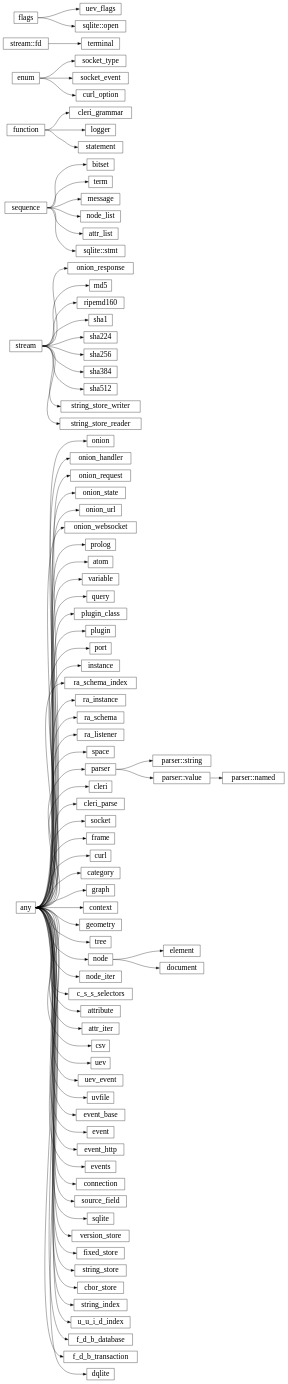
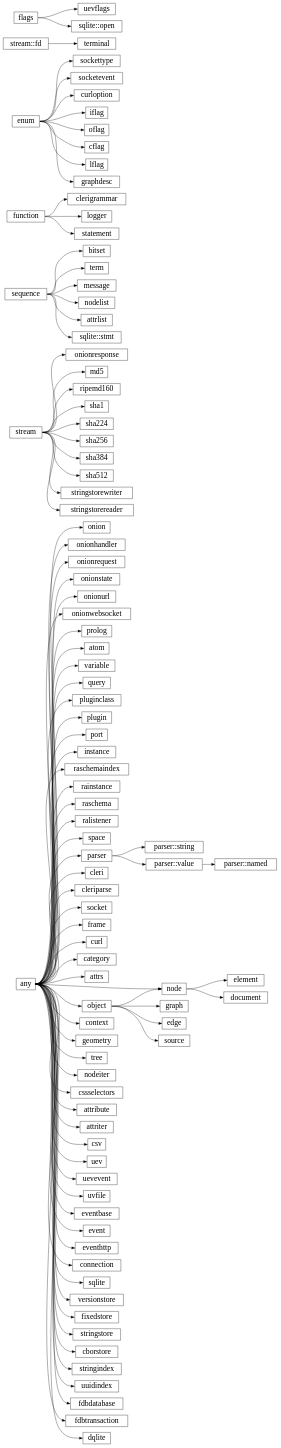
One commit to wrapl/minilang-libs changed the diagram in docs/library/hierarchy.rst. Above: the diagram before and after it, drawn with Graphviz. The commit also changed 26 other files, not shown here.

```diff
--- a/docs/library/hierarchy.rst
+++ b/docs/library/hierarchy.rst
@@ -13,68 +13,76 @@
       outputorder="edgesfirst";
       node [shape=box,fontsize=24];
       "any":e -> "onion":w;
-      "any":e -> "onion_handler":w;
-      "any":e -> "onion_request":w;
-      "stream":e -> "onion_response":w;
-      "any":e -> "onion_state":w;
-      "any":e -> "onion_url":w;
-      "any":e -> "onion_websocket":w;
+      "any":e -> "onionhandler":w;
+      "any":e -> "onionrequest":w;
+      "stream":e -> "onionresponse":w;
+      "any":e -> "onionstate":w;
+      "any":e -> "onionurl":w;
+      "any":e -> "onionwebsocket":w;
       "sequence":e -> "bitset":w;
       "any":e -> "prolog":w;
       "sequence":e -> "term":w;
       "any":e -> "atom":w;
       "any":e -> "variable":w;
       "any":e -> "query":w;
-      "any":e -> "plugin_class":w;
+      "any":e -> "pluginclass":w;
       "any":e -> "plugin":w;
       "any":e -> "port":w;
       "any":e -> "instance":w;
-      "any":e -> "ra_schema_index":w;
-      "any":e -> "ra_instance":w;
-      "any":e -> "ra_schema":w;
-      "any":e -> "ra_listener":w;
+      "any":e -> "raschemaindex":w;
+      "any":e -> "rainstance":w;
+      "any":e -> "raschema":w;
+      "any":e -> "ralistener":w;
       "any":e -> "space":w;
       "any":e -> "parser":w;
       "parser":e -> "parser::string":w;
       "parser":e -> "parser::value":w;
       "parser::value":e -> "parser::named":w;
       "any":e -> "cleri":w;
-      "any":e -> "cleri_parse":w;
-      "function":e -> "cleri_grammar":w;
+      "any":e -> "cleriparse":w;
+      "function":e -> "clerigrammar":w;
       "any":e -> "socket":w;
-      "enum":e -> "socket_type":w;
-      "enum":e -> "socket_event":w;
+      "enum":e -> "sockettype":w;
+      "enum":e -> "socketevent":w;
       "any":e -> "frame":w;
       "sequence":e -> "message":w;
       "any":e -> "curl":w;
-      "enum":e -> "curl_option":w;
+      "enum":e -> "curloption":w;
       "function":e -> "logger":w;
       "any":e -> "category":w;
       "stream::fd":e -> "terminal":w;
-      "any":e -> "graph":w;
+      "enum":e -> "iflag":w;
+      "enum":e -> "oflag":w;
+      "enum":e -> "cflag":w;
+      "enum":e -> "lflag":w;
+      "any":e -> "attrs":w;
+      "any":e -> "object":w;
+      "object":e -> "graph":w;
+      "enum":e -> "graphdesc":w;
+      "object":e -> "node":w;
+      "object":e -> "edge":w;
       "any":e -> "context":w;
       "any":e -> "geometry":w;
       "any":e -> "tree":w;
       "any":e -> "node":w;
-      "sequence":e -> "node_list":w;
-      "any":e -> "node_iter":w;
-      "any":e -> "c_s_s_selectors":w;
+      "sequence":e -> "nodelist":w;
+      "any":e -> "nodeiter":w;
+      "any":e -> "cssselectors":w;
       "node":e -> "element":w;
       "any":e -> "attribute":w;
-      "sequence":e -> "attr_list":w;
-      "any":e -> "attr_iter":w;
+      "sequence":e -> "attrlist":w;
+      "any":e -> "attriter":w;
       "node":e -> "document":w;
       "any":e -> "csv":w;
       "any":e -> "uev":w;
-      "flags":e -> "uev_flags":w;
-      "any":e -> "uev_event":w;
+      "flags":e -> "uevflags":w;
+      "any":e -> "uevevent":w;
       "any":e -> "uvfile":w;
-      "any":e -> "event_base":w;
+      "any":e -> "eventbase":w;
       "any":e -> "event":w;
-      "any":e -> "event_http":w;
-      "any":e -> "events":w;
+      "any":e -> "eventhttp":w;
       "any":e -> "connection":w;
-      "any":e -> "source_field":w;
+      "object":e -> "source":w;
       "stream":e -> "md5":w;
       "stream":e -> "ripemd160":w;
       "stream":e -> "sha1":w;
@@ -85,17 +93,17 @@
       "flags":e -> "sqlite::open":w;
       "any":e -> "sqlite":w;
       "sequence":e -> "sqlite::stmt":w;
-      "any":e -> "version_store":w;
-      "any":e -> "fixed_store":w;
-      "any":e -> "string_store":w;
-      "stream":e -> "string_store_writer":w;
-      "stream":e -> "string_store_reader":w;
-      "any":e -> "cbor_store":w;
-      "any":e -> "string_index":w;
-      "any":e -> "u_u_i_d_index":w;
+      "any":e -> "versionstore":w;
+      "any":e -> "fixedstore":w;
+      "any":e -> "stringstore":w;
+      "stream":e -> "stringstorewriter":w;
+      "stream":e -> "stringstorereader":w;
+      "any":e -> "cborstore":w;
+      "any":e -> "stringindex":w;
+      "any":e -> "uuidindex":w;
       "any":e -> "connection":w;
       "function":e -> "statement":w;
-      "any":e -> "f_d_b_database":w;
-      "any":e -> "f_d_b_transaction":w;
+      "any":e -> "fdbdatabase":w;
+      "any":e -> "fdbtransaction":w;
       "any":e -> "dqlite":w;
    }
```
